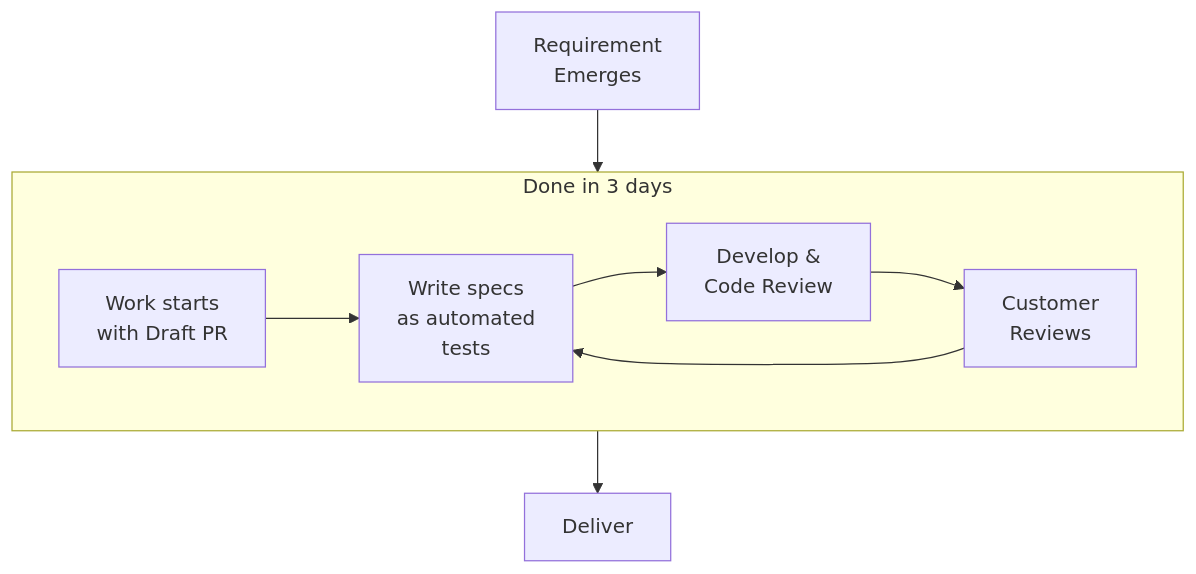
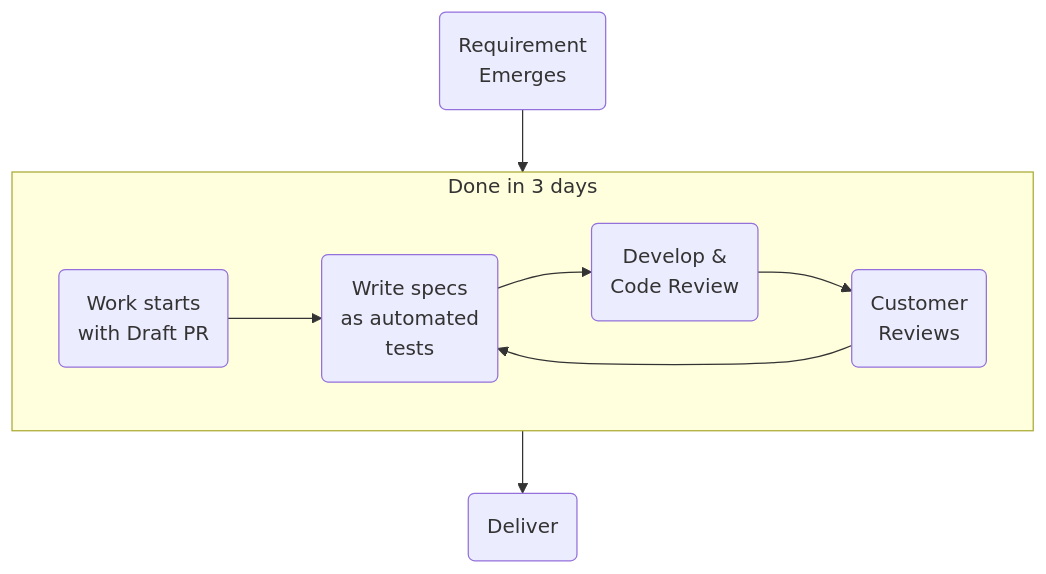
One commit to mouseless/mouseless.codes changed the diagram in how-we-work.md. Above: the diagram before and after it, drawn with Mermaid.

Commit message:
init `issue/content-reviews`
make delivering at pace diagram rectangles round

````diff
--- a/how-we-work.md
+++ b/how-we-work.md
@@ -277,21 +277,21 @@
 ```mermaid
 flowchart TB
-    R[Requirement\nEmerges]
+    R(Requirement\nEmerges)
 
     subgraph LC[Done in 3 days]
-        W[Work starts\nwith Draft PR]
-        S[Write specs\nas automated\ntests]
-        DR[Develop &\nCode Review]
-        C[Customer\nReviews]
+        W(Work starts\nwith Draft PR)
+        S(Write specs\nas automated\ntests)
+        DR(Develop &\nCode Review)
+        C(Customer\nReviews)
 
         W --> S
         S --> DR
         DR --> C
         C --> S
     end
 
-    D[Deliver]
+    D(Deliver)
 
     R --> LC
     LC --> D
 ```
````
